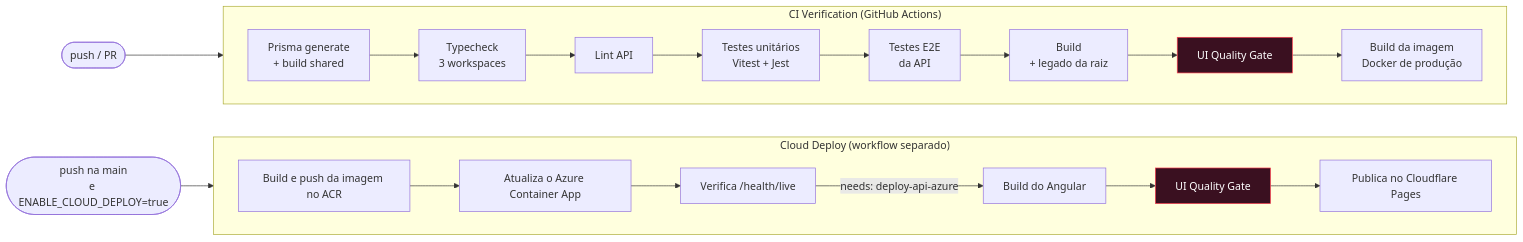
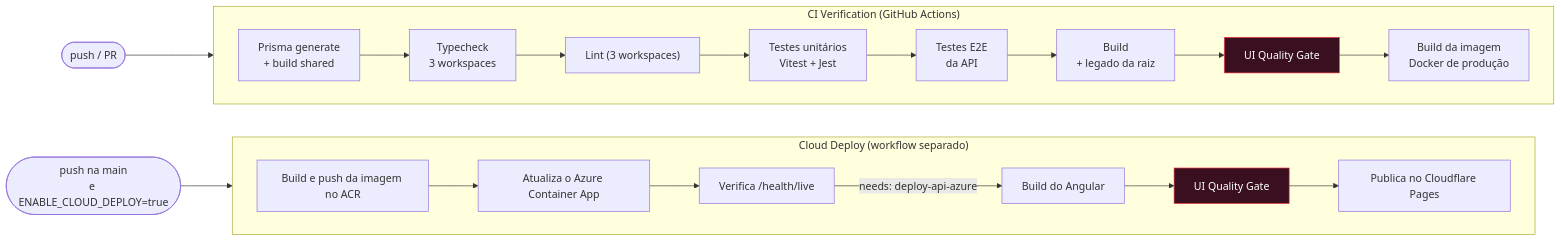
Before and after one commit to Digooow/pokedex-frontend: the eighth of 12 diagrams in README.md, drawn with Mermaid. The commit also changed other lines of this file and 60 other files, not shown here.

````diff
--- a/README.md
+++ b/README.md
@@ -469,26 +469,26 @@
 ```mermaid
 flowchart LR
   push(["push / PR"]) --> v
 
   subgraph v["CI Verification (GitHub Actions)"]
     direction LR
     s1["Prisma generate<br/>+ build shared"] --> s2["Typecheck<br/>3 workspaces"]
-    s2 --> s3["Lint API"]
+    s2 --> s3["Lint (3 workspaces)"]
     s3 --> s4["Testes unitários<br/>Vitest + Jest"]
     s4 --> s5["Testes E2E<br/>da API"]
     s5 --> s6["Build<br/>+ legado da raiz"]
     s6 --> s7["UI Quality Gate"]
     s7 --> s8["Build da imagem<br/>Docker de produção"]
   end
 
   push2(["push na main<br/>e ENABLE_CLOUD_DEPLOY=true"]) --> d
 
   subgraph d["Cloud Deploy (workflow separado)"]
     direction LR
     a1["Build e push da imagem no ACR"] --> a2["Atualiza o Azure Container App"] --> a3["Verifica /health/live"]
     a3 -->|"needs: deploy-api-azure"| b1["Build do Angular"] --> b2["UI Quality Gate"] --> b3["Publica no Cloudflare Pages"]
   end
 
   classDef gate fill:#3a1020,stroke:#ff3b4e,color:#fff
   class s7,b2 gate
 ```
````
